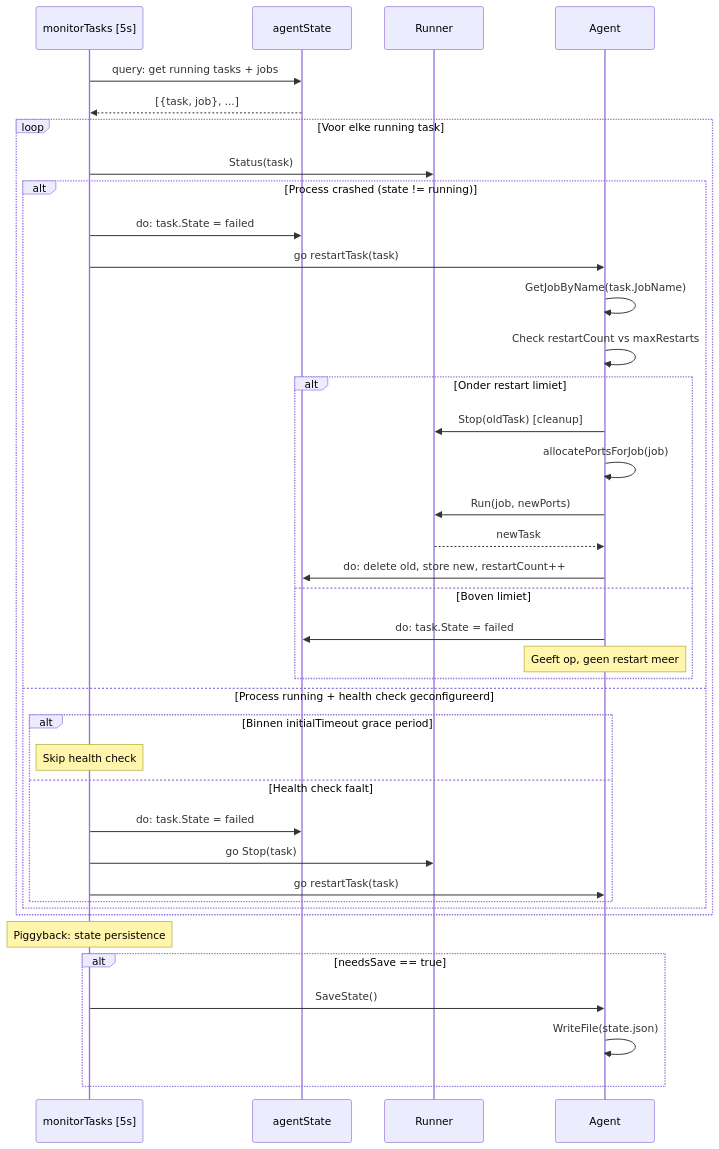
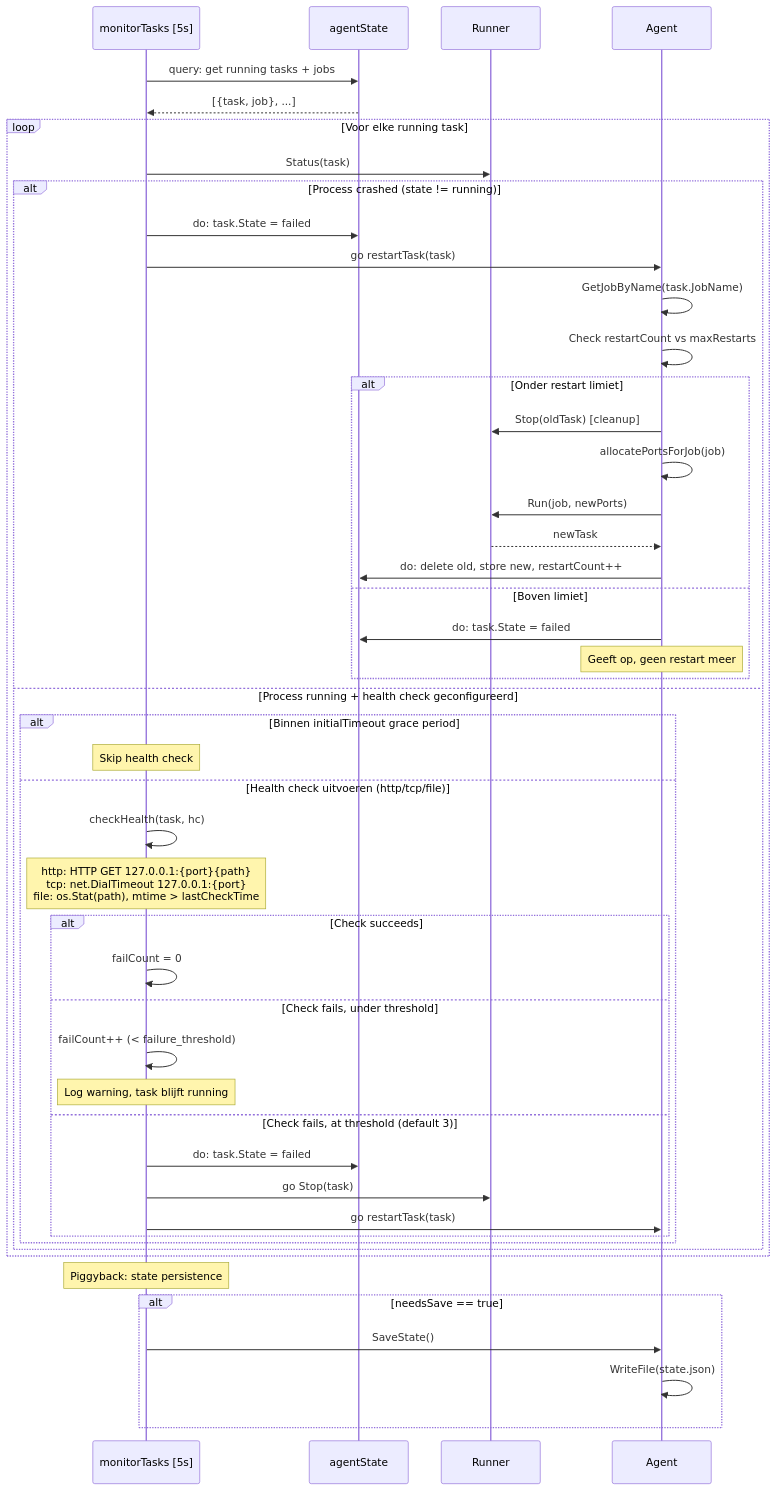
One commit to xinix00/easyrun changed the tenth of 14 diagrams in SEQUENCES.md. Above: the diagram before and after it, drawn with Mermaid. The commit also changed 12 other files, not shown here.

First line of the commit message:
Add TCP and file health checks with failure threshold

````diff
--- a/SEQUENCES.md
+++ b/SEQUENCES.md
@@ -434,48 +434,58 @@
 ```mermaid
 sequenceDiagram
     participant Mon as monitorTasks [5s]
     participant S as agentState
     participant R as Runner
     participant A as Agent
 
     Mon->>S: query: get running tasks + jobs
     S-->>Mon: [{task, job}, ...]
 
     loop Voor elke running task
         Mon->>R: Status(task)
 
         alt Process crashed (state != running)
             Mon->>S: do: task.State = failed
             Mon->>A: go restartTask(task)
 
             A->>A: GetJobByName(task.JobName)
             A->>A: Check restartCount vs maxRestarts
 
             alt Onder restart limiet
                 A->>R: Stop(oldTask) [cleanup]
                 A->>A: allocatePortsForJob(job)
                 A->>R: Run(job, newPorts)
                 R-->>A: newTask
                 A->>S: do: delete old, store new, restartCount++
             else Boven limiet
                 A->>S: do: task.State = failed
                 Note over A: Geeft op, geen restart meer
             end
 
         else Process running + health check geconfigureerd
             alt Binnen initialTimeout grace period
                 Note over Mon: Skip health check
-            else Health check faalt
-                Mon->>S: do: task.State = failed
-                Mon->>R: go Stop(task)
-                Mon->>A: go restartTask(task)
+            else Health check uitvoeren (http/tcp/file)
+                Mon->>Mon: checkHealth(task, hc)
+                Note over Mon: http: HTTP GET 127.0.0.1:{port}{path}<br/>tcp: net.DialTimeout 127.0.0.1:{port}<br/>file: os.Stat(path), mtime > lastCheckTime
+
+                alt Check succeeds
+                    Mon->>Mon: failCount = 0
+                else Check fails, under threshold
+                    Mon->>Mon: failCount++ (< failure_threshold)
+                    Note over Mon: Log warning, task blijft running
+                else Check fails, at threshold (default 3)
+                    Mon->>S: do: task.State = failed
+                    Mon->>R: go Stop(task)
+                    Mon->>A: go restartTask(task)
+                end
             end
         end
     end
 
     Note over Mon: Piggyback: state persistence
     alt needsSave == true
         Mon->>A: SaveState()
         A->>A: WriteFile(state.json)
     end
 ```
````
